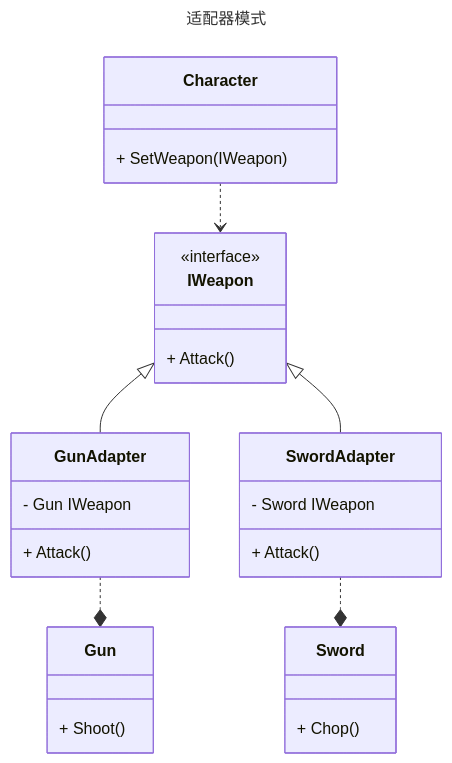
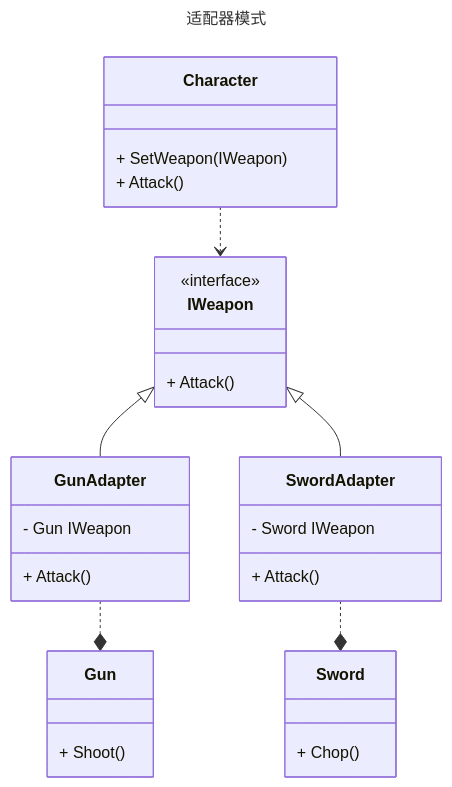
The diagram in other/knowledge/Design/6-Adapter.mdx (CollapseNav/CollapseNav.Net.Tool-Doc), drawn with Mermaid before and after one commit. The commit also changed other lines of this file and 5 other files, not shown here.

````diff
--- a/other/knowledge/Design/6-Adapter.mdx
+++ b/other/knowledge/Design/6-Adapter.mdx
@@ -21,39 +23,40 @@
 ```mermaid
 ---
 title: 适配器模式
 ---
 classDiagram
 
 IWeapon <|-- GunAdapter
 IWeapon <|-- SwordAdapter
 GunAdapter ..* Gun
 SwordAdapter ..* Sword
 Character ..> IWeapon
 
 class Character{
     + SetWeapon(IWeapon)
+    + Attack()
 }
 
 class IWeapon{
     <<interface>>
     + Attack()
 }
 
 class GunAdapter{
     - Gun IWeapon
     + Attack()
 }
 class SwordAdapter{
     - Sword IWeapon
     + Attack()
 }
 
 class Gun{
     + Shoot()
 }
 
 class Sword{
     + Chop()
 }
 
 ```
````
